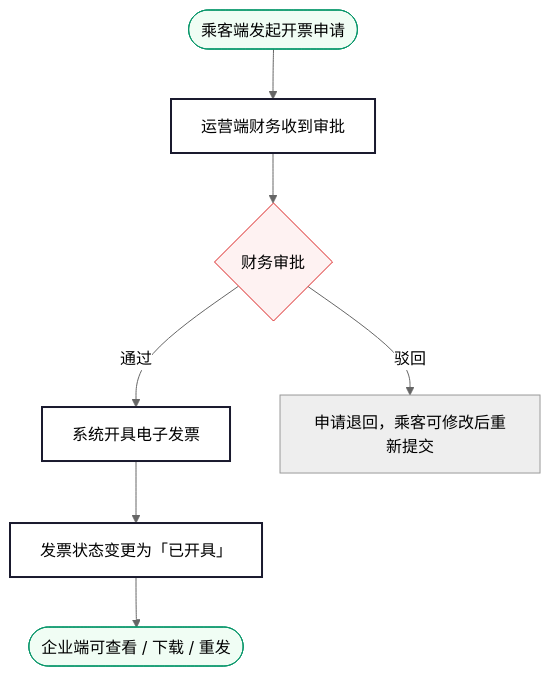
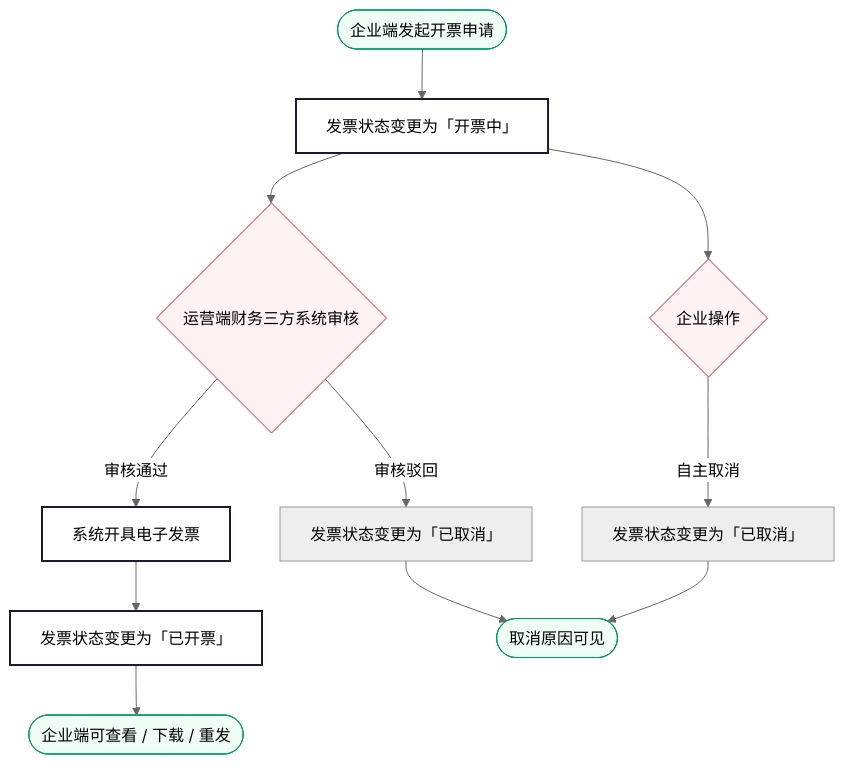
One commit to klayhuzhenx/zunchuxing changed the third of 3 diagrams in 企业端需求规格说明.md. Above: the diagram before and after it, drawn with Mermaid (neutral theme). The commit also changed other lines of this file and 84 other files, not shown here.

````diff
--- a/企业端需求规格说明.md
+++ b/企业端需求规格说明.md
@@ -810,16 +956,20 @@
 ```mermaid
 graph TD
-    A(["乘客端发起开票申请"]) --> B["运营端财务收到审批"]
-    B --> C{"财务审批"}
-    C --> |通过| D["系统开具电子发票"]
-    C --> |驳回| E["申请退回，乘客可修改后重新提交"]
-    D --> F["发票状态变更为「已开具」"]
-    F --> G(["企业端可查看 / 下载 / 重发"])
+    A(["企业端发起开票申请"]) --> B["发票状态变更为「开票中」"]
+    B --> C{"企业操作"}
+    B --> D{"运营端财务三方系统审核"}
+    C --> |自主取消| E["发票状态变更为「已取消」"]
+    D --> |审核通过| F["系统开具电子发票"]
+    D --> |审核驳回| G["发票状态变更为「已取消」"]
+    F --> H["发票状态变更为「已开票」"]
+    H --> I(["企业端可查看 / 下载 / 重发"])
+    E --> J(["取消原因可见"])
+    G --> J
 
     classDef step fill:#fff,stroke:#1a1a2e,stroke-width:2px
     classDef terminal fill:#f0fdf4,stroke:#059669
     classDef warn fill:#fef2f2,stroke:#dc2626
-    class B,D,F step
-    class A,G terminal
-    class C warn
+    class B,F,H step
+    class A,I,J terminal
+    class C,D warn
 ```
````
